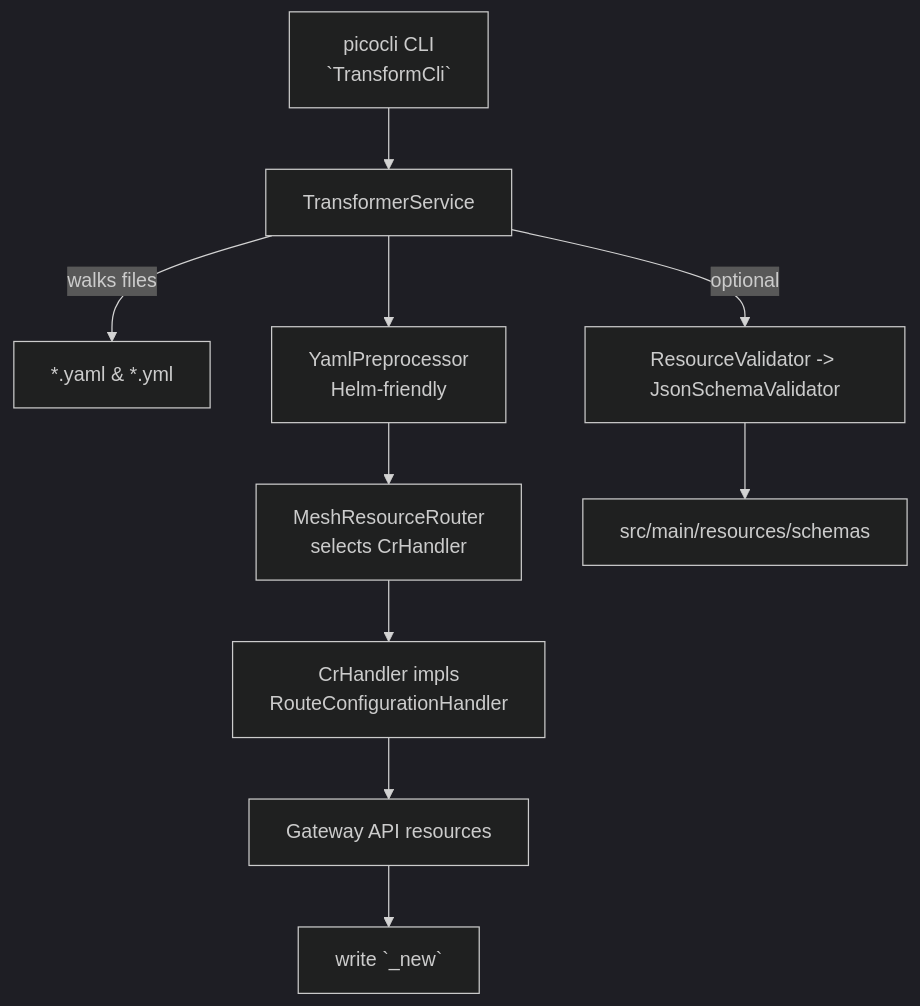
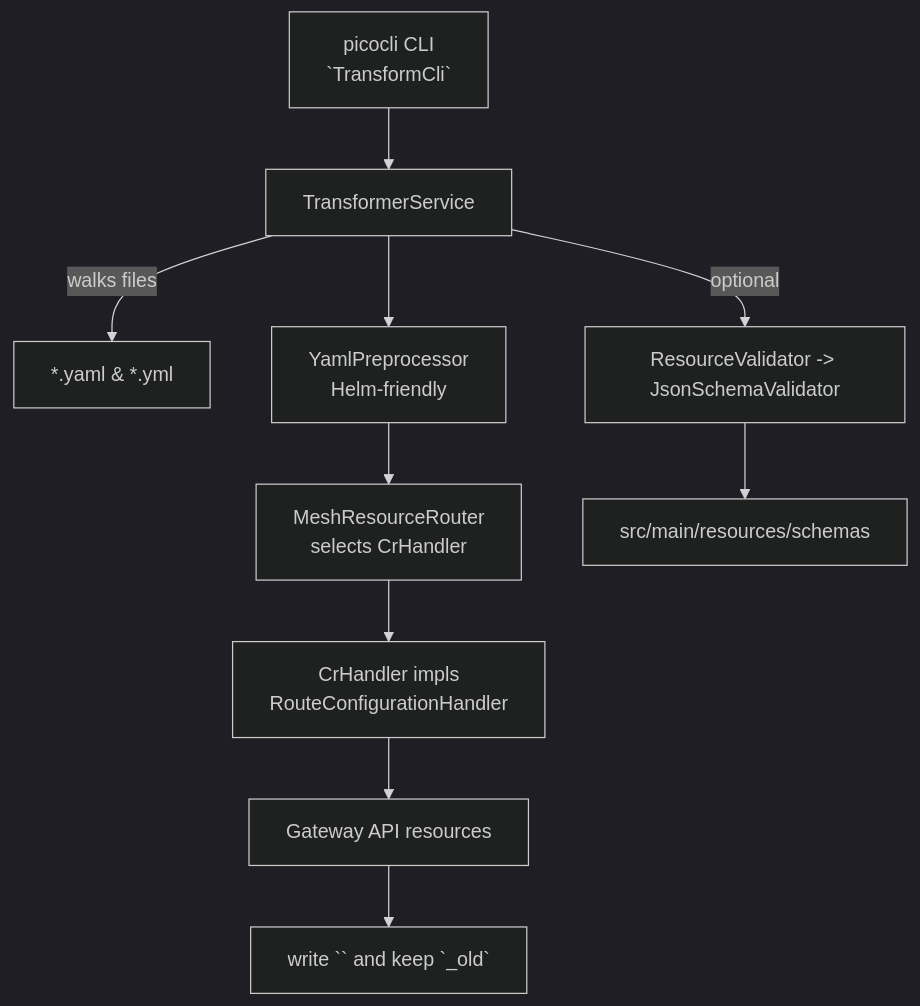
One commit to TaurMorchant/ReMesh changed the diagram in docs/technical-design.md. Above: the diagram before and after it, drawn with Mermaid (dark theme). The commit also changed other lines of this file and 2 other files, not shown here.

````diff
--- a/docs/technical-design.md
+++ b/docs/technical-design.md
@@ -6,12 +6,12 @@
 ```mermaid
 flowchart TD
     CLI[picocli CLI\n`TransformCli`] --> Svc[TransformerService]
     Svc -->|walks files| IO[*.yaml & *.yml]
     Svc --> Prep[YamlPreprocessor\nHelm-friendly]
     Prep --> Router[MeshResourceRouter\nselects CrHandler]
     Router --> Handler[CrHandler impls\nRouteConfigurationHandler]
     Handler --> GA[Gateway API resources]
     Svc -->|optional| Val[ResourceValidator -> JsonSchemaValidator]
     Val --> Schemas[src/main/resources/schemas]
-    GA --> Out[write `<file>_new`]
+    GA --> Out[write `<file>` and keep `<file>_old`]
 ```
````
